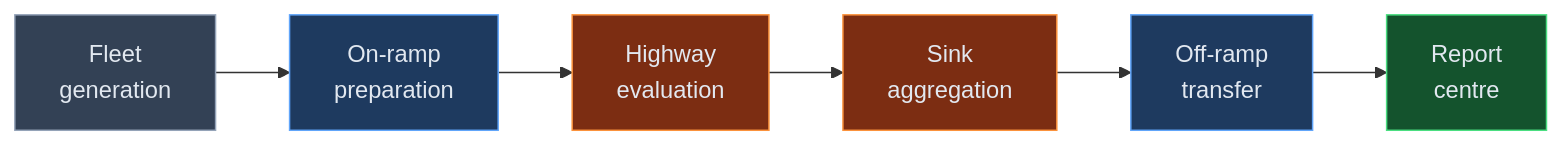
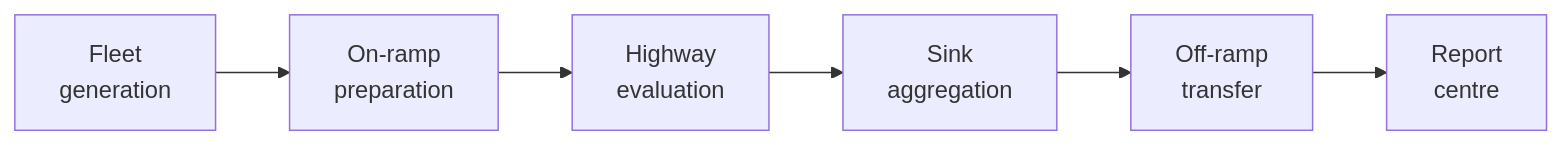
The third of 3 diagrams in docs/hackathon/results.md (FransVanEk/Actus-Insurance.Documentation), drawn with Mermaid before and after one commit. The commit also changed 5 other files, not shown here.

Commit message:
Enhance Mermaid diagram styling and integrate global class definitions for consistent theming across diagrams

````diff
--- a/docs/hackathon/results.md
+++ b/docs/hackathon/results.md
@@ -136,15 +136,13 @@
 ```mermaid
 graph LR
     FLEET["Fleet<br/>generation"] --> ONRAMP["On-ramp<br/>preparation"]
     ONRAMP --> HWY["Highway<br/>evaluation"]
     HWY --> SINKS["Sink<br/>aggregation"]
     SINKS --> OFFRAMP["Off-ramp<br/>transfer"]
     OFFRAMP --> REPORT["Report<br/>centre"]
 
-    style FLEET fill:#334155,stroke:#94a3b8,color:#e2e8f0
-    style ONRAMP fill:#1e3a5f,stroke:#60a5fa,color:#e2e8f0
-    style HWY fill:#7c2d12,stroke:#fb923c,color:#e2e8f0
-    style SINKS fill:#7c2d12,stroke:#fb923c,color:#e2e8f0
-    style OFFRAMP fill:#1e3a5f,stroke:#60a5fa,color:#e2e8f0
-    style REPORT fill:#14532d,stroke:#4ade80,color:#e2e8f0
+    class FLEET nodeNeutral
+    class ONRAMP,OFFRAMP nodeNavy
+    class HWY,SINKS nodeAmber
+    class REPORT nodeSuccess
 ```
````
